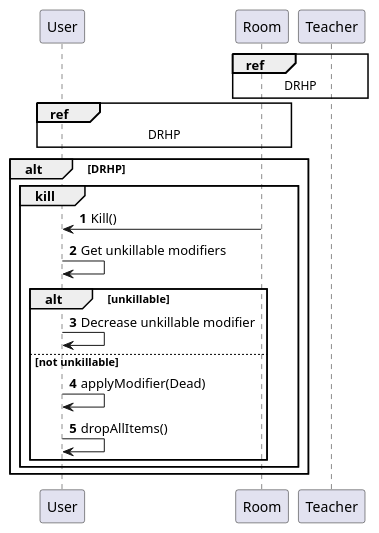
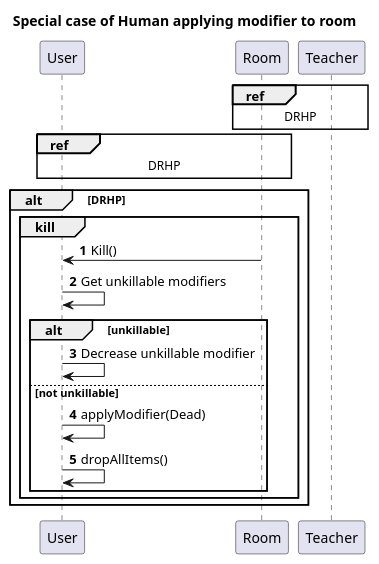
The diagram in resources/sequence_diagrams/teacher_in_new_room.puml (MysticMazeEducators/.github), drawn with PlantUML before and after one commit. The commit also changed 5 other files, not shown here.

```diff
--- a/resources/sequence_diagrams/teacher_in_new_room.puml
+++ b/resources/sequence_diagrams/teacher_in_new_room.puml
@@ -1,25 +1,25 @@
 @startuml
 'https://plantuml.com/sequence-diagram
-
+title Special case of Human applying modifier to room
 autonumber
 
 participant "User" as U
 participant "Room" as R
 participant "Teacher" as T
 
 ref over T, R: DRHP
 ref over U, R: DRHP
 
 alt DRHP
     group kill
         R -> U: Kill()
         U -> U: Get unkillable modifiers
         alt unkillable
             U -> U: Decrease unkillable modifier
         else not unkillable
             U -> U: applyModifier(Dead)
             U -> U: dropAllItems()
         end
     end
 end
 @enduml
```
